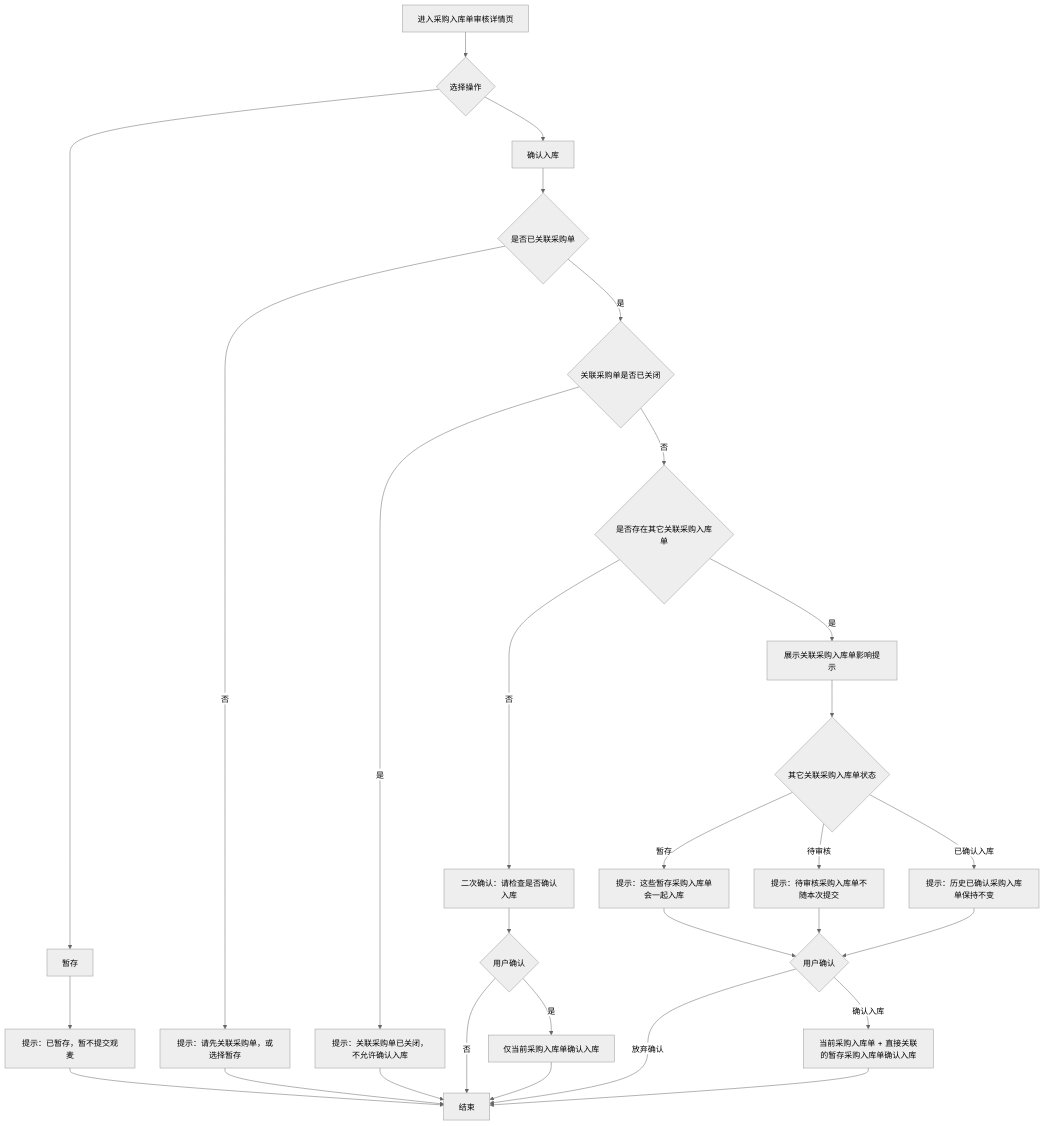
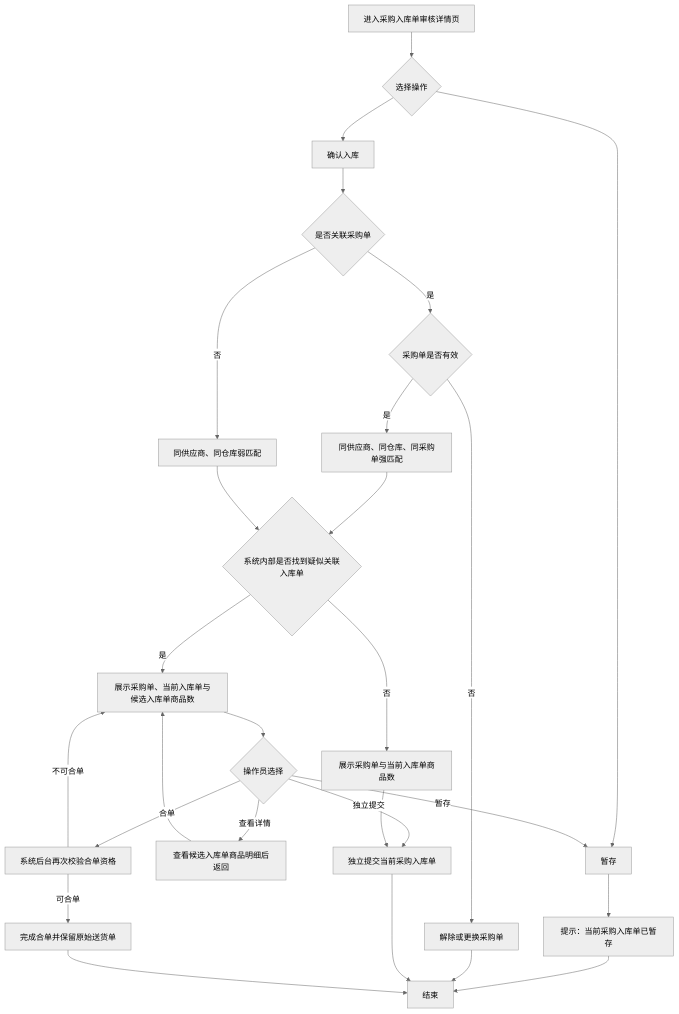
Before and after one commit to Xky114514/Xky114514.github.io: the diagram in purchase-field-spec.md, drawn with Mermaid (neutral theme). The commit also changed other lines of this file and 2 other files, not shown here.

````diff
--- a/purchase-field-spec.md
+++ b/purchase-field-spec.md
@@ -117,31 +124,29 @@
 ```mermaid
 flowchart TD
   A["进入采购入库单审核详情页"] --> B{"选择操作"}
   B --> C["暂存"]
-  C --> C1["提示：已暂存，暂不提交观麦"]
+  C --> C1["提示：当前采购入库单已暂存"]
   C1 --> Z["结束"]
   B --> D["确认入库"]
-  D --> E{"是否已关联采购单"}
-  E -- "否" --> E1["提示：请先关联采购单，或选择暂存"]
-  E1 --> Z
-  E -- "是" --> F{"关联采购单是否已关闭"}
-  F -- "是" --> F1["提示：关联采购单已关闭，不允许确认入库"]
+  D --> E{"是否关联采购单"}
+  E -- "是" --> F{"采购单是否有效"}
+  F -- "否" --> F1["解除或更换采购单"]
   F1 --> Z
-  F -- "否" --> G{"是否存在其它关联采购入库单"}
-  G -- "否" --> H["二次确认：请检查是否确认入库"]
-  H --> H1{"用户确认"}
-  H1 -- "否" --> Z
-  H1 -- "是" --> H2["仅当前采购入库单确认入库"]
-  H2 --> Z
-  G -- "是" --> I["展示关联采购入库单影响提示"]
-  I --> J{"其它关联采购入库单状态"}
-  J -- "暂存" --> K["提示：这些暂存采购入库单会一起入库"]
-  J -- "待审核" --> L["提示：待审核采购入库单不随本次提交"]
-  J -- "已确认入库" --> M["提示：历史已确认采购入库单保持不变"]
-  K --> N{"用户确认"}
-  L --> N
-  M --> N
-  N -- "放弃确认" --> Z
-  N -- "确认入库" --> O["当前采购入库单 + 直接关联的暂存采购入库单确认入库"]
+  F -- "是" --> G["同供应商、同仓库、同采购单强匹配"]
+  E -- "否" --> H["同供应商、同仓库弱匹配"]
+  G --> I{"系统内部是否找到疑似关联入库单"}
+  H --> I
+  I -- "否" --> J["展示采购单与当前入库单商品数"]
+  I -- "是" --> K["展示采购单、当前入库单与候选入库单商品数"]
+  K --> L{"操作员选择"}
+  L -- "查看详情" --> K1["查看候选入库单商品明细后返回"]
+  K1 --> K
+  L -- "合单" --> M["系统后台再次校验合单资格"]
+  L -- "独立提交" --> N["独立提交当前采购入库单"]
+  L -- "暂存" --> C
+  J --> N
+  M -- "可合单" --> O["完成合单并保留原始送货单"]
+  M -- "不可合单" --> K
+  N --> Z
   O --> Z
 ```
````
